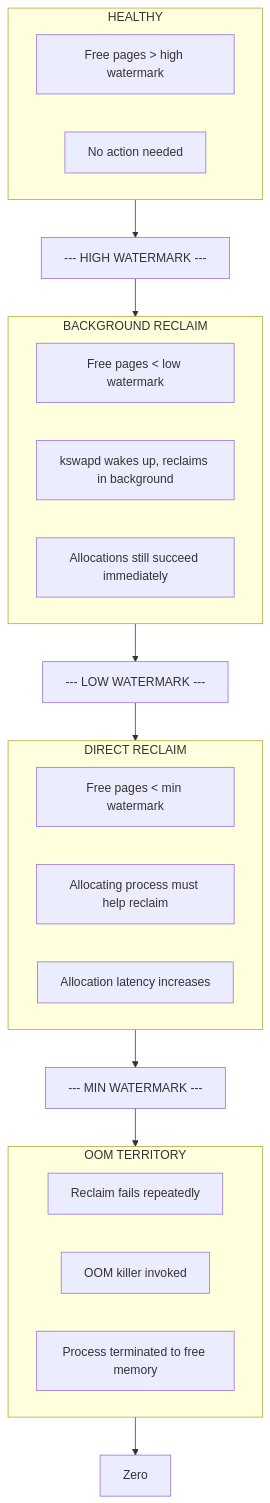
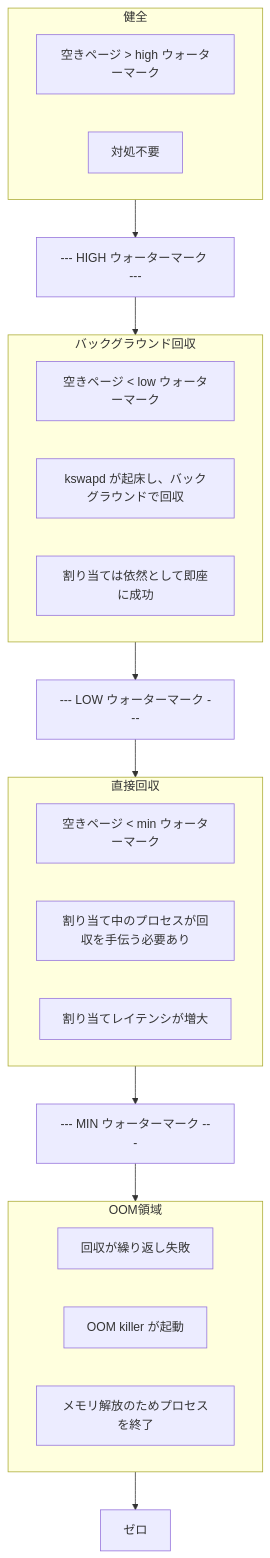
Before and after one commit to doguto/linux-kernel-internals-jp: the first of 8 diagrams in docs/mm/oom.md, drawn with Mermaid. The commit also changed other lines of this file and 1 other file, not shown here.

````diff
--- a/docs/mm/oom.md
+++ b/docs/mm/oom.md
@@ -9,35 +9,35 @@
 ```mermaid
 flowchart TB
-    subgraph HEALTHY["HEALTHY"]
-        H1["Free pages > high watermark"]
-        H2["No action needed"]
+    subgraph HEALTHY["健全"]
+        H1["空きページ > high ウォーターマーク"]
+        H2["対処不要"]
     end
 
-    HW["--- HIGH WATERMARK ---"]
+    HW["--- HIGH ウォーターマーク ---"]
 
-    subgraph BACKGROUND["BACKGROUND RECLAIM"]
-        B1["Free pages < low watermark"]
-        B2["kswapd wakes up, reclaims in background"]
-        B3["Allocations still succeed immediately"]
+    subgraph BACKGROUND["バックグラウンド回収"]
+        B1["空きページ < low ウォーターマーク"]
+        B2["kswapd が起床し、バックグラウンドで回収"]
+        B3["割り当ては依然として即座に成功"]
     end
 
-    LW["--- LOW WATERMARK ---"]
+    LW["--- LOW ウォーターマーク ---"]
 
-    subgraph DIRECT["DIRECT RECLAIM"]
-        D1["Free pages < min watermark"]
-        D2["Allocating process must help reclaim"]
-        D3["Allocation latency increases"]
+    subgraph DIRECT["直接回収"]
+        D1["空きページ < min ウォーターマーク"]
+        D2["割り当て中のプロセスが回収を手伝う必要あり"]
+        D3["割り当てレイテンシが増大"]
     end
 
-    MW["--- MIN WATERMARK ---"]
+    MW["--- MIN ウォーターマーク ---"]
 
-    subgraph OOM["OOM TERRITORY"]
-        O1["Reclaim fails repeatedly"]
-        O2["OOM killer invoked"]
-        O3["Process terminated to free memory"]
+    subgraph OOM["OOM領域"]
+        O1["回収が繰り返し失敗"]
+        O2["OOM killer が起動"]
+        O3["メモリ解放のためプロセスを終了"]
     end
 
-    ZERO["Zero"]
+    ZERO["ゼロ"]
 
     HEALTHY --> HW --> BACKGROUND --> LW --> DIRECT --> MW --> OOM --> ZERO
 ```
````
